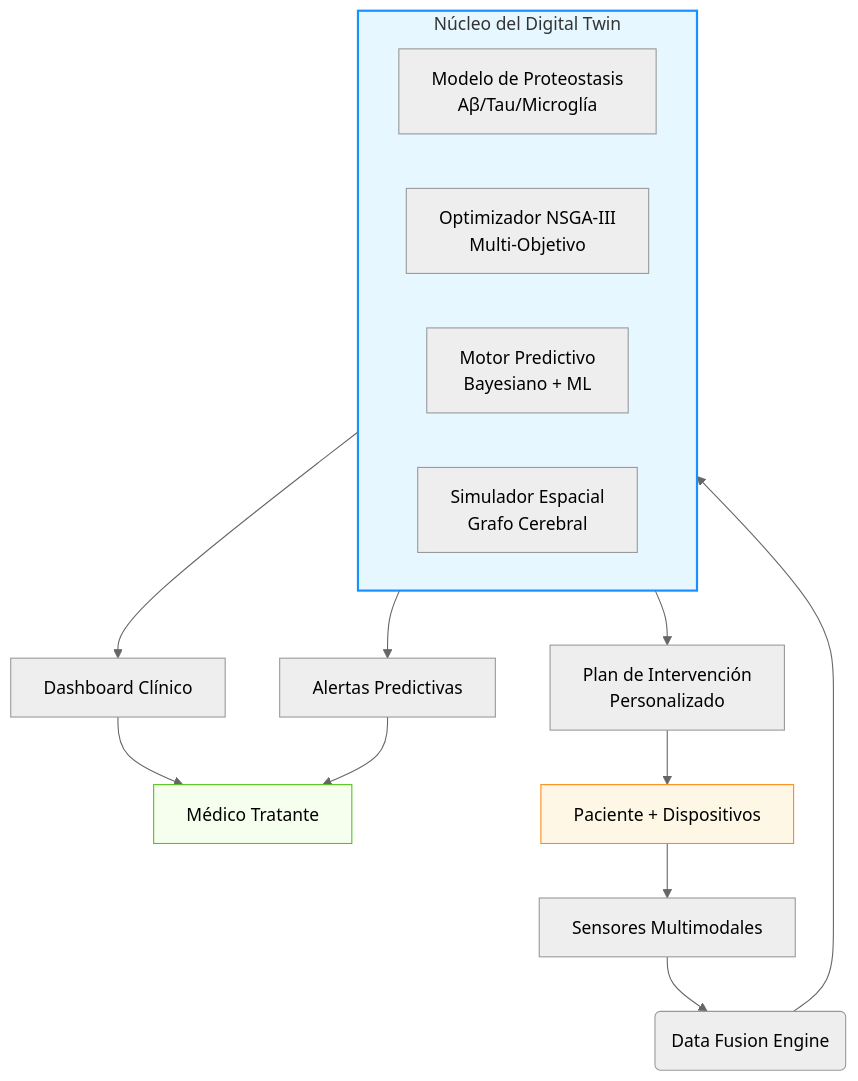
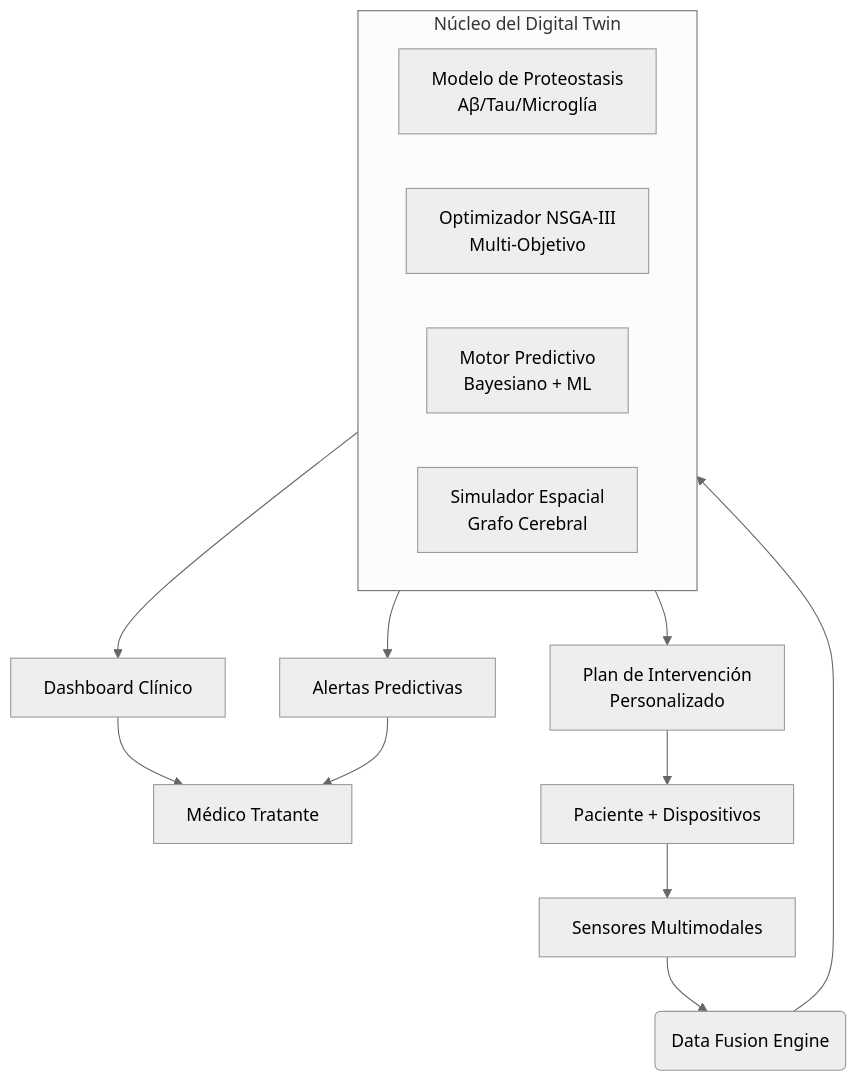
One commit to rikechacon/alzheimer-digital-twin changed the diagram in README.md. Above: the diagram before and after it, drawn with Mermaid (neutral theme).

````diff
--- a/README.md
+++ b/README.md
@@ -61,26 +61,22 @@
 ```mermaid
 flowchart TD
     A[Sensores Multimodales] --> B(Data Fusion Engine)
     B --> C{Alzheimer Digital Twin}
     
     subgraph C [Núcleo del Digital Twin]
         C1[Modelo de Proteostasis<br>Aβ/Tau/Microglía]
         C2[Optimizador NSGA-III<br>Multi-Objetivo]
         C3[Motor Predictivo<br>Bayesiano + ML]
         C4[Simulador Espacial<br>Grafo Cerebral]
     end
     
     C --> D[Dashboard Clínico]
     C --> E[Alertas Predictivas]
     C --> F[Plan de Intervención<br>Personalizado]
     
     D --> G[Médico Tratante]
     E --> G
     F --> H[Paciente + Dispositivos]
     
     H --> A
-    
-    style C fill:#e6f7ff,stroke:#1890ff,stroke-width:2px
-    style G fill:#f6ffed,stroke:#52c41a
-    style H fill:#fff7e6,stroke:#fa8c16
 ```
````
